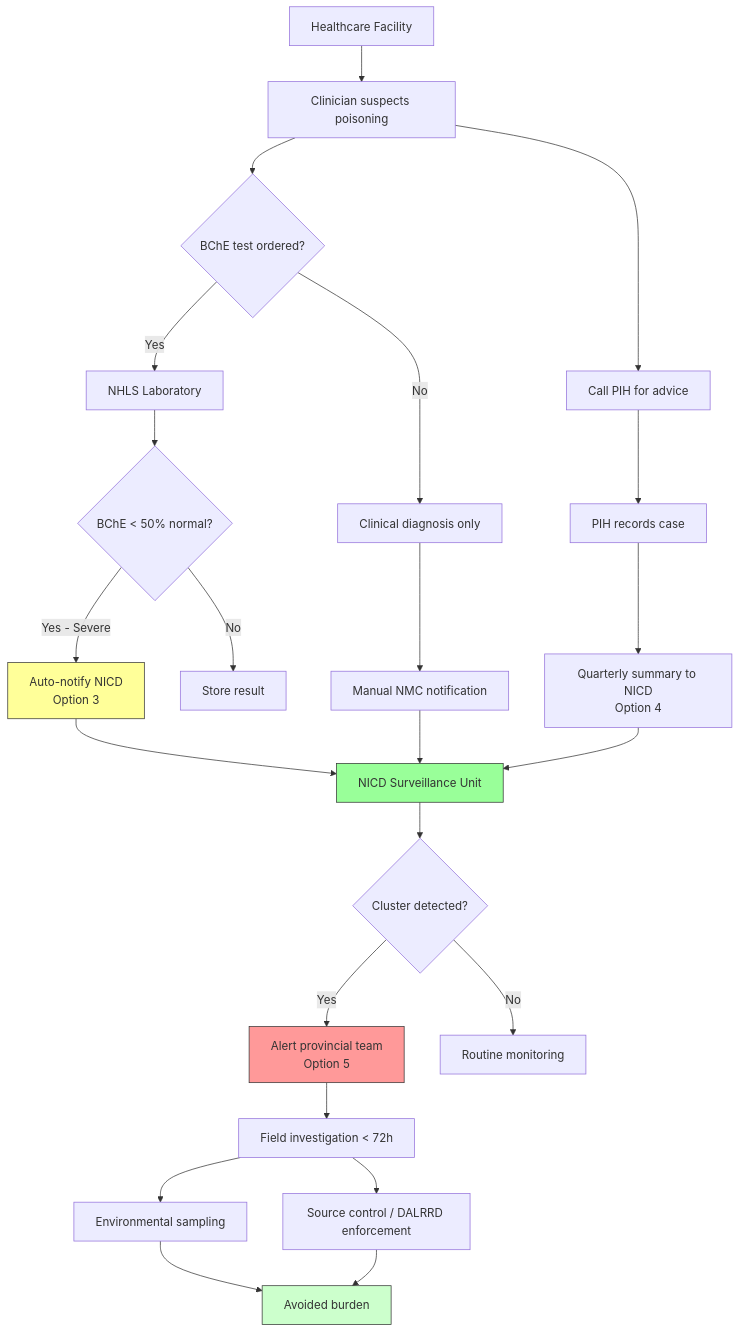
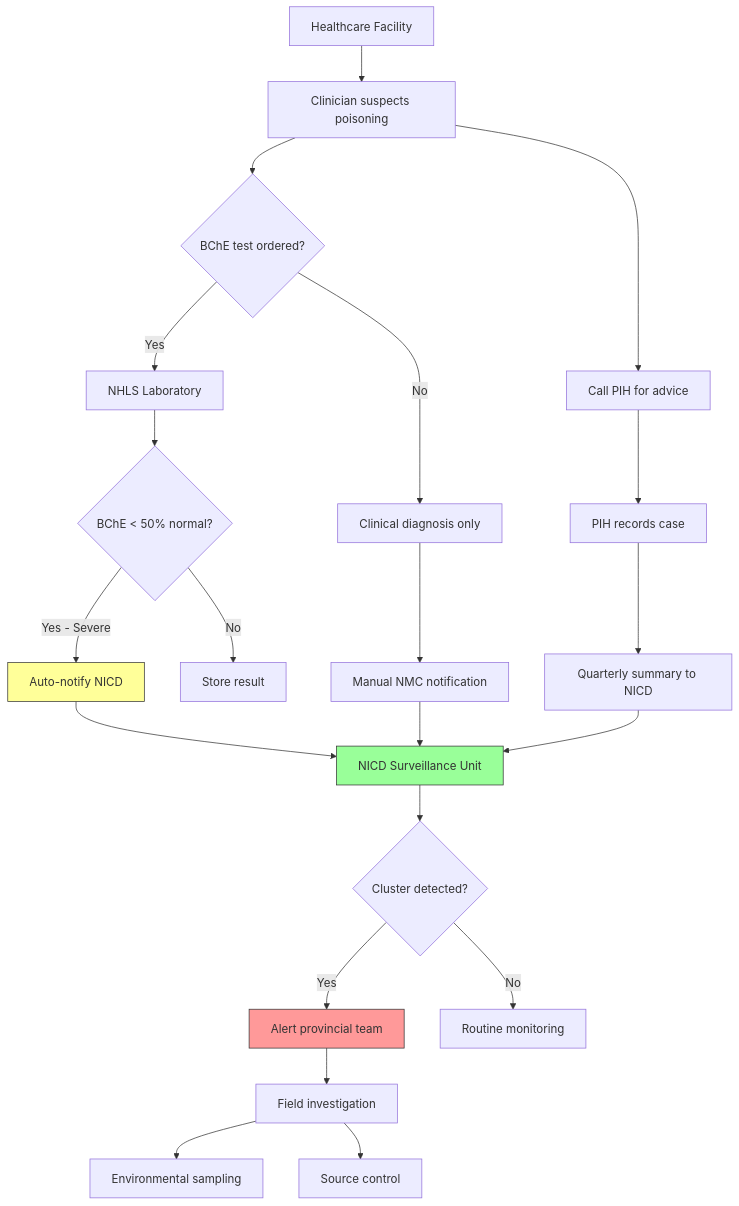
The second of 2 diagrams in posts/surveillance_concept_note.qmd (bridaybrummer/D2P_project), drawn with Mermaid before and after one commit. The commit also changed other lines of this file and 8 other files, not shown here.

Commit message:
Policy brief: status-quo flow - notification originates on NMC, SMS to EHP, EHP investigation not recorded

````diff
--- a/posts/surveillance_concept_note.qmd
+++ b/posts/surveillance_concept_note.qmd
@@ -130,38 +82,35 @@
 ```{mermaid}
 %%| label: fig-proposed-system
-%%| fig-cap: "Proposed integrated surveillance and response architecture"
+%%| fig-cap: "Proposed integrated surveillance architecture"
 flowchart TB
     A[Healthcare Facility] --> B[Clinician suspects poisoning]
     B --> C{BChE test ordered?}
     C -->|Yes| D[NHLS Laboratory]
     C -->|No| E[Clinical diagnosis only]
     
     D --> F{BChE < 50% normal?}
-    F -->|Yes - Severe| G[Auto-notify NICD\nOption 3]
+    F -->|Yes - Severe| G[Auto-notify NICD]
     F -->|No| H[Store result]
     
     E --> I[Manual NMC notification]
     
     G --> J[NICD Surveillance Unit]
     I --> J
     
     B --> K[Call PIH for advice]
     K --> L[PIH records case]
-    L --> M[Quarterly summary to NICD\nOption 4]
+    L --> M[Quarterly summary to NICD]
     M --> J
     
     J --> N{Cluster detected?}
-    N -->|Yes| O[Alert provincial team\nOption 5]
+    N -->|Yes| O[Alert provincial team]
     N -->|No| P[Routine monitoring]
     
-    O --> Q[Field investigation < 72h]
+    O --> Q[Field investigation]
     Q --> R[Environmental sampling]
-    Q --> S[Source control / DALRRD enforcement]
-    R --> T[Avoided burden]
-    S --> T
+    Q --> S[Source control]
     
     style G fill:#ff9,stroke:#333
     style J fill:#9f9,stroke:#333
     style O fill:#f99,stroke:#333
-    style T fill:#cfc,stroke:#333
 ```
````
